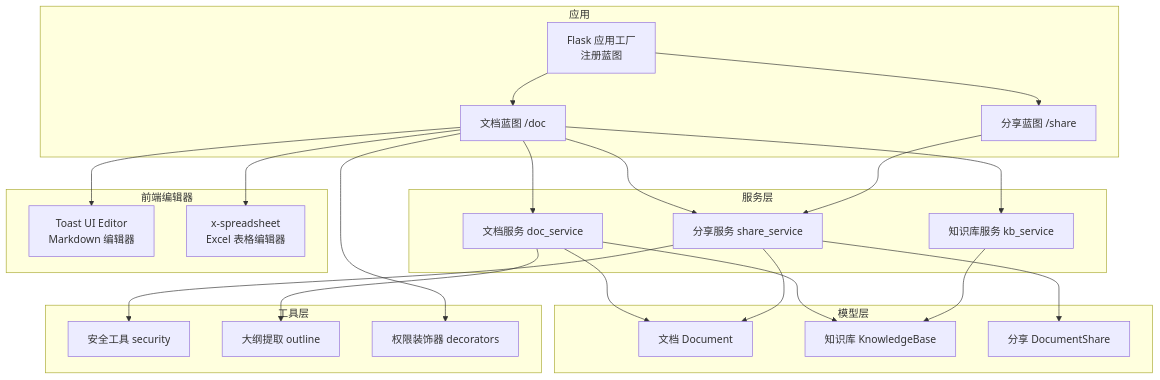
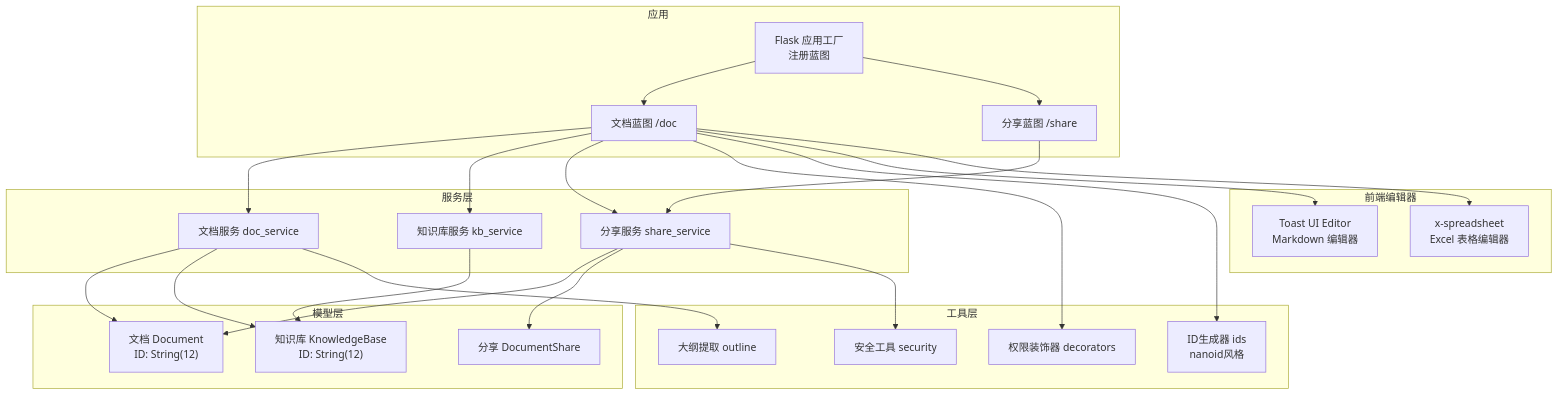
One commit to beyondalbert/my_wiki changed the first of 3 diagrams in .qoder/repowiki/zh/content/核心模块/文档管理系统/文档蓝图路由.md. Above: the diagram before and after it, drawn with Mermaid. The commit also changed other lines of this file and 21 other files, not shown here.

````diff
--- a/.qoder/repowiki/zh/content/核心模块/文档管理系统/文档蓝图路由.md
+++ b/.qoder/repowiki/zh/content/核心模块/文档管理系统/文档蓝图路由.md
@@ -49,43 +57,45 @@
 ```mermaid
 graph TB
 subgraph "应用"
 A["Flask 应用工厂<br/>注册蓝图"]
 B["文档蓝图 /doc"]
 C["分享蓝图 /share"]
 end
 subgraph "服务层"
 S1["文档服务 doc_service"]
 S2["知识库服务 kb_service"]
 S3["分享服务 share_service"]
 end
 subgraph "模型层"
-M1["文档 Document"]
-M2["知识库 KnowledgeBase"]
+M1["文档 Document<br/>ID: String(12)"]
+M2["知识库 KnowledgeBase<br/>ID: String(12)"]
 M3["分享 DocumentShare"]
 end
 subgraph "工具层"
 U1["安全工具 security"]
 U2["大纲提取 outline"]
 U3["权限装饰器 decorators"]
+U4["ID生成器 ids<br/>nanoid风格"]
 end
 subgraph "前端编辑器"
 E1["Toast UI Editor<br/>Markdown 编辑器"]
 E2["x-spreadsheet<br/>Excel 表格编辑器"]
 end
 A --> B
 A --> C
 B --> S1
 B --> S2
 B --> S3
 C --> S3
 S1 --> M1
 S1 --> M2
 S2 --> M2
 S3 --> M1
 S3 --> M3
 S3 --> U1
 S1 --> U2
 B --> U3
+B --> U4
 B --> E1
 B --> E2
 ```
````
